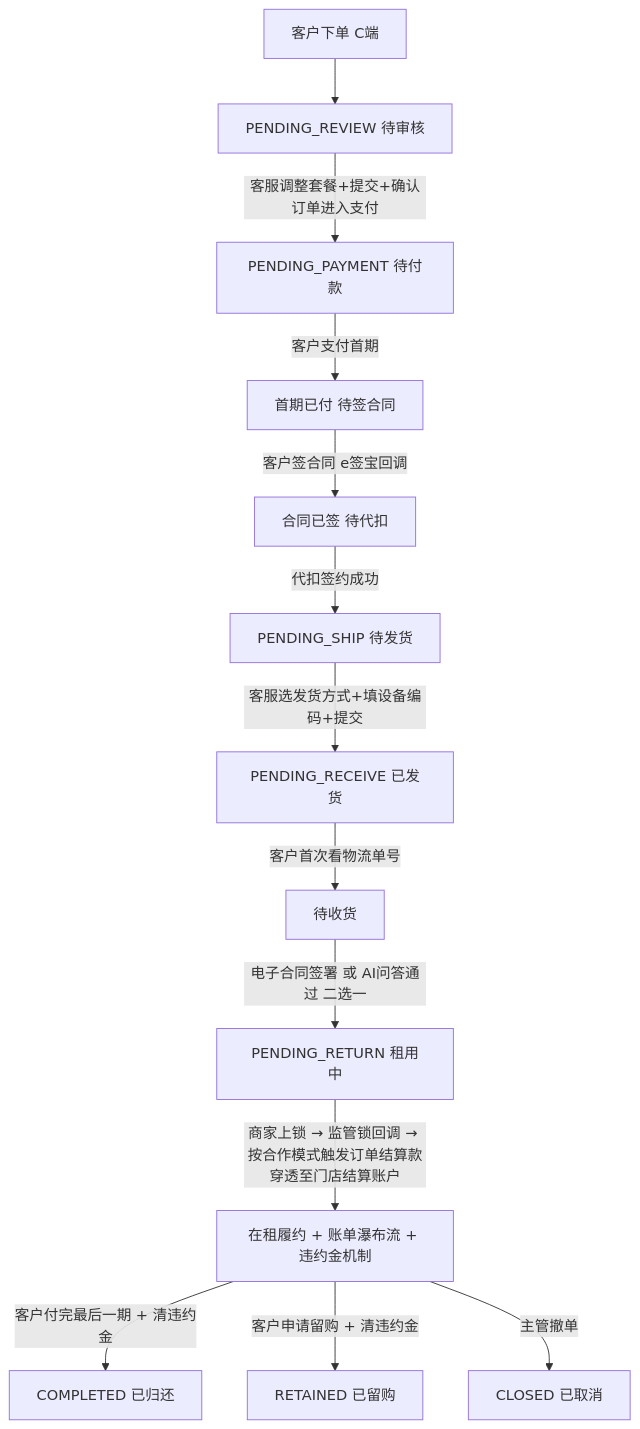
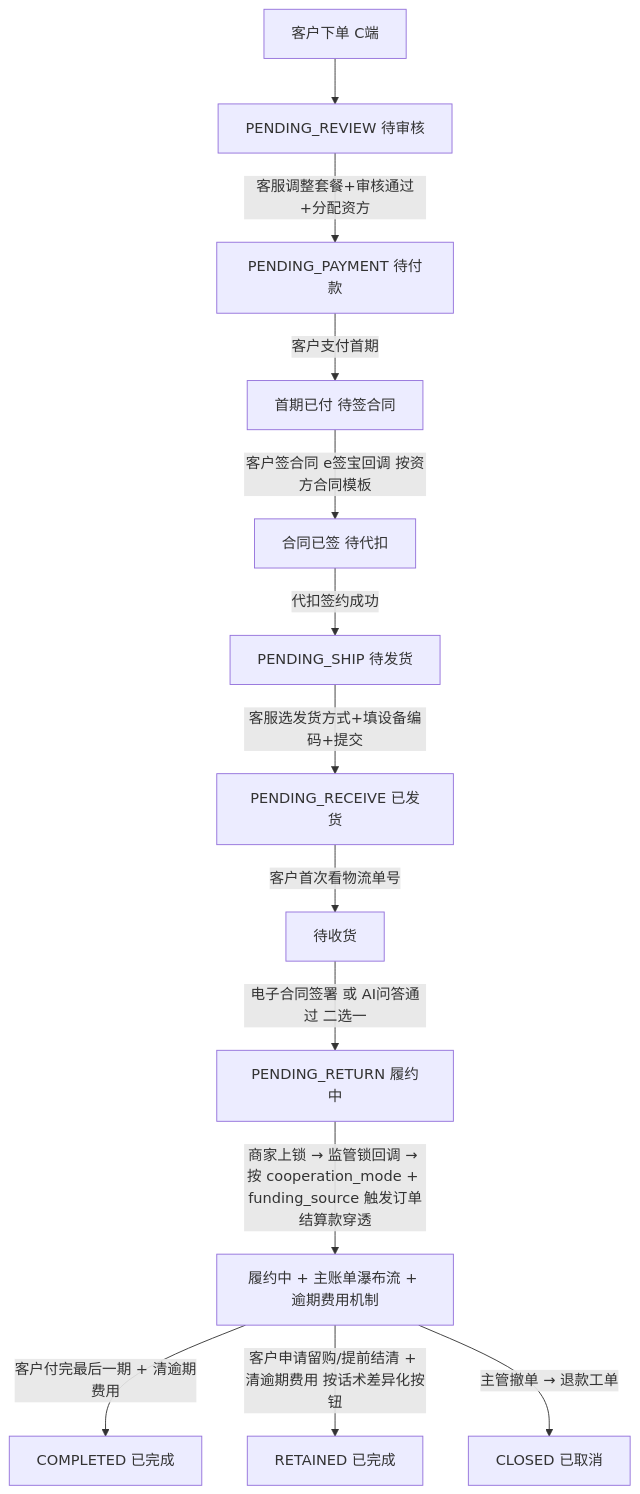
Before and after one commit to joezjyan-bot/mandian-prd: the diagram in PRD/V0.2/modules/运营端/订单管理/08_长租订单全生命周期与客服操作.md, drawn with Mermaid. The commit also changed other lines of this file, not shown here.

````diff
--- a/PRD/V0.2/modules/运营端/订单管理/08_长租订单全生命周期与客服操作.md
+++ b/PRD/V0.2/modules/运营端/订单管理/08_长租订单全生命周期与客服操作.md
@@ -265,15 +343,15 @@
 ```mermaid
 flowchart TD
     A[客户下单 C端] --> B[PENDING_REVIEW 待审核]
-    B -->|客服调整套餐+提交+确认订单进入支付| C[PENDING_PAYMENT 待付款]
+    B -->|客服调整套餐+审核通过+分配资方| C[PENDING_PAYMENT 待付款]
     C -->|客户支付首期| C1[首期已付 待签合同]
-    C1 -->|客户签合同 e签宝回调| C2[合同已签 待代扣]
+    C1 -->|客户签合同 e签宝回调 按资方合同模板| C2[合同已签 待代扣]
     C2 -->|代扣签约成功| D[PENDING_SHIP 待发货]
     D -->|客服选发货方式+填设备编码+提交| E[PENDING_RECEIVE 已发货]
     E -->|客户首次看物流单号| E1[待收货]
-    E1 -->|电子合同签署 或 AI问答通过 二选一| F[PENDING_RETURN 租用中]
-    F -->|商家上锁 → 监管锁回调 → 按合作模式触发订单结算款穿透至门店结算账户| G[在租履约 + 账单瀑布流 + 违约金机制]
-    G -->|客户付完最后一期 + 清违约金| H1[COMPLETED 已归还]
-    G -->|客户申请留购 + 清违约金| H2[RETAINED 已留购]
-    G -->|主管撤单| H3[CLOSED 已取消]
+    E1 -->|电子合同签署 或 AI问答通过 二选一| F[PENDING_RETURN 履约中]
+    F -->|商家上锁 → 监管锁回调 → 按 cooperation_mode + funding_source 触发订单结算款穿透| G[履约中 + 主账单瀑布流 + 逾期费用机制]
+    G -->|客户付完最后一期 + 清逾期费用| H1[COMPLETED 已完成]
+    G -->|客户申请留购/提前结清 + 清逾期费用 按话术差异化按钮| H2[RETAINED 已完成]
+    G -->|主管撤单 → 退款工单| H3[CLOSED 已取消]
 ```
````
